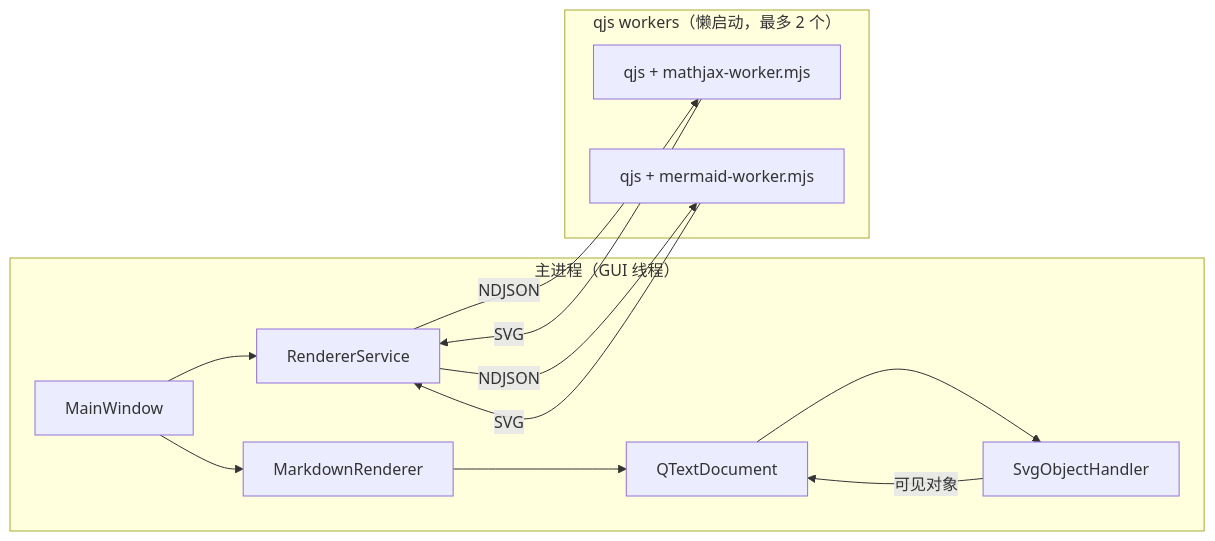
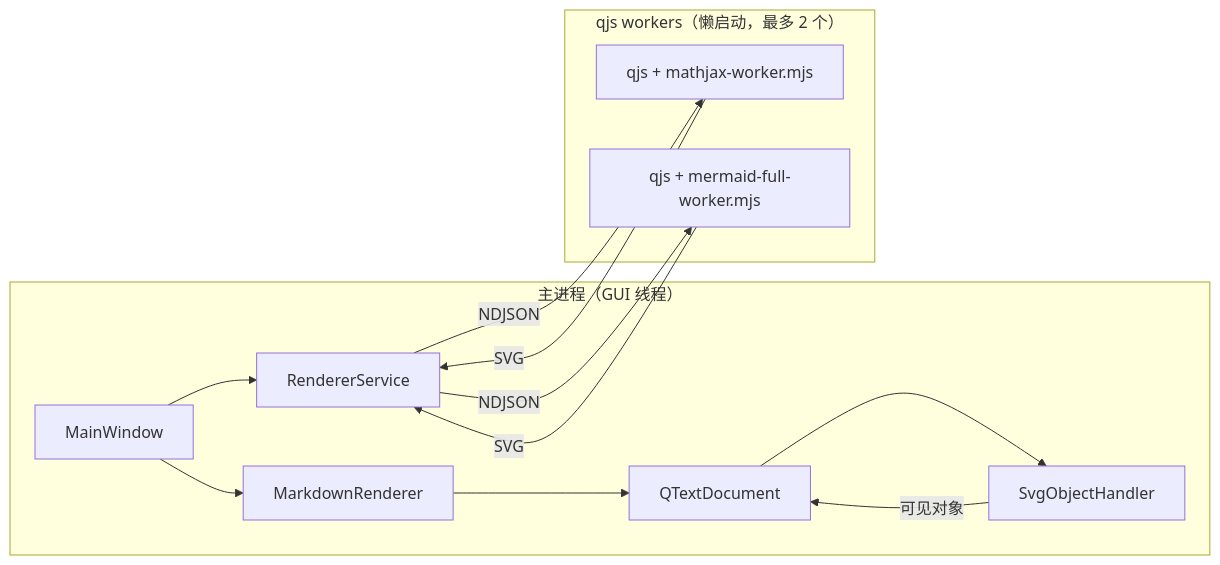
Before and after one commit to iLogIng/qt-rich-text-renderer: the ninth of 9 diagrams in docs/FLOW.md, drawn with Mermaid. The commit also changed other lines of this file and 18 other files, not shown here.

````diff
--- a/docs/FLOW.md
+++ b/docs/FLOW.md
@@ -197,25 +248,25 @@
 ```mermaid
 flowchart LR
     subgraph GUI["主进程（GUI 线程）"]
         MW["MainWindow"]
         RS["RendererService"]
         MR["MarkdownRenderer"]
         OH["SvgObjectHandler"]
         TD["QTextDocument"]
     end
 
     subgraph WORKERS["qjs workers（懒启动，最多 2 个）"]
         Q1["qjs + mathjax-worker.mjs"]
-        Q2["qjs + mermaid-worker.mjs"]
+        Q2["qjs + mermaid-full-worker.mjs"]
     end
 
     MW --> MR
     MW --> RS
     MR --> TD
     TD --> OH
     OH -->|"可见对象"| TD
     RS -->|"NDJSON"| Q1
     RS -->|"NDJSON"| Q2
     Q1 -->|"SVG"| RS
     Q2 -->|"SVG"| RS
 ```
````
